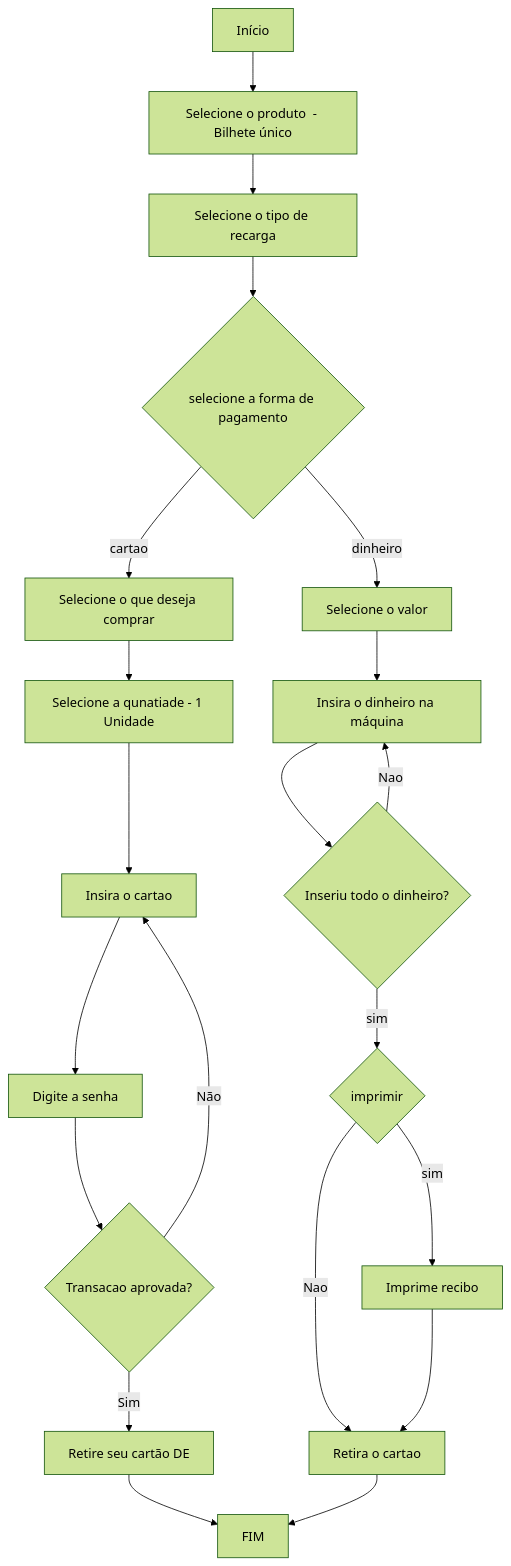
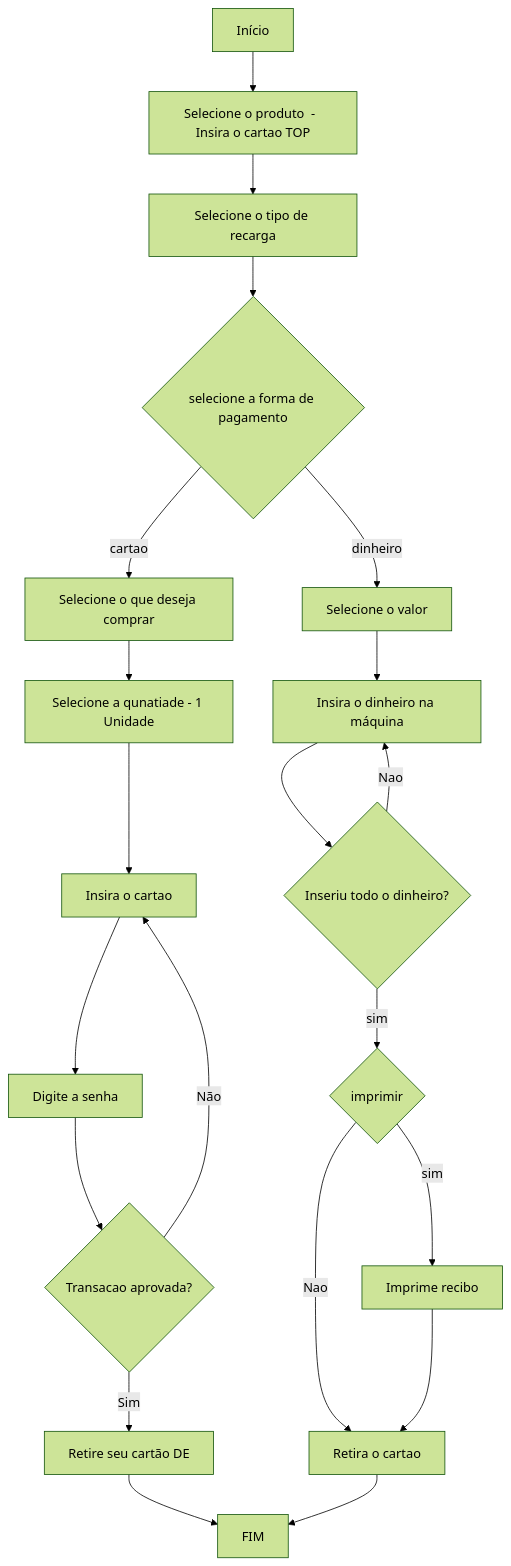
Before and after one commit to ramondomiingos/ulife-a3: the second of 2 diagrams in README.md, drawn with Mermaid (forest theme).

````diff
--- a/README.md
+++ b/README.md
@@ -55,27 +55,27 @@
 ```mermaid
 flowchart TD
     
-    A[Início] --> B[ Selecione o produto  - Bilhete único]
+    A[Início] --> B[ Selecione o produto  -  Insira o cartao TOP]
     B -->C[Selecione o tipo de recarga]
     C-->For{selecione a forma de pagamento}
     For-->|cartao|OQ[Selecione o que deseja comprar]
     OQ --> D[Selecione a qunatiade - 1 Unidade]
     D -->E[Insira o cartao]
     E-->F[Digite a senha]
     F-->G{Transacao aprovada?}
     G-->|Não|E
     G-->|Sim|H[Retire seu cartão DE ]
     H-->J[FIM]
 
     For-->|dinheiro|Sel[Selecione o valor]
     Sel-->ins[Insira o dinheiro na máquina]
     ins-->inseriu{Inseriu todo o dinheiro?}
     
     inseriu-->|Nao|ins
     inseriu-->|sim|Imp{imprimir}
     Imp-->|sim|ImpSim[Imprime recibo]
     Imp-->|Nao|RET
     ImpSim-->RET[Retira o cartao]
     RET-->J
 
 ```
````
